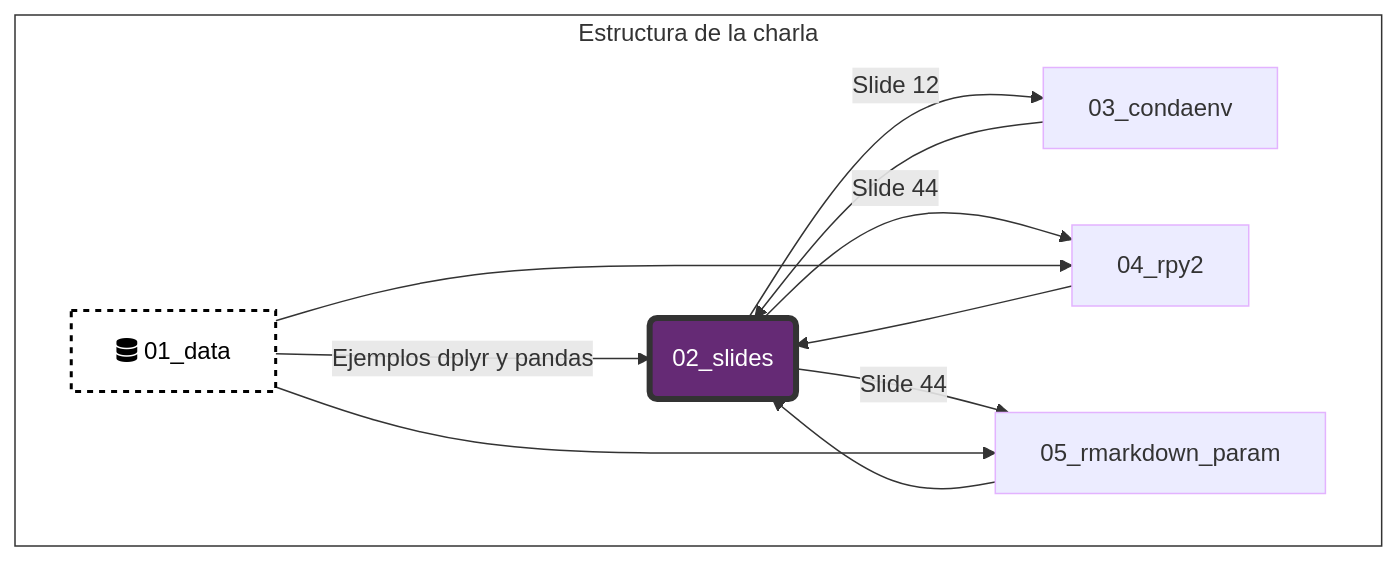
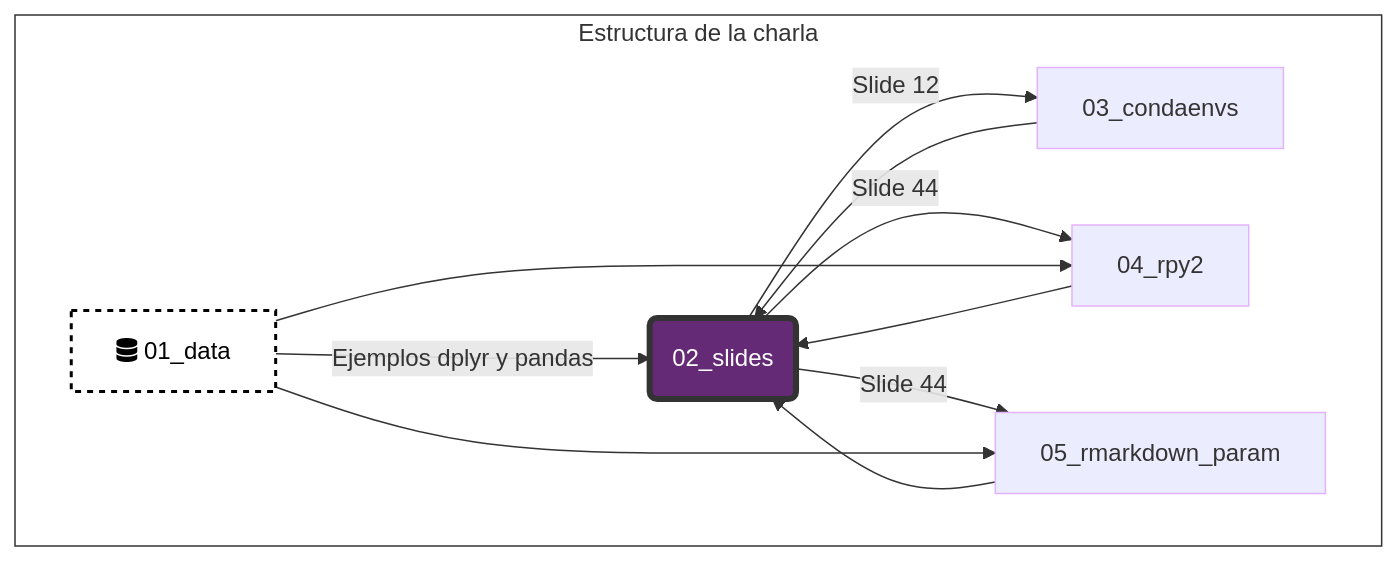
One commit to karbartolome/rladies_charlas changed the diagram in README.md. Above: the diagram before and after it, drawn with Mermaid.

````diff
--- a/README.md
+++ b/README.md
@@ -9,23 +9,23 @@
 ```mermaid
 flowchart LR
     subgraph r[Estructura de la charla]
         direction LR
         data[fa:fa-database 01_data] -->|Ejemplos dplyr y pandas| slide(02_slides)
-        slide -->|Slide 12| condaenv[03_condaenv]
+        slide -->|Slide 12| condaenv[03_condaenvs]
         slide -->|Slide 44| rpy2[04_rpy2]
         slide -->|Slide 44| rmd[05_rmarkdown_param]
         data --> rpy2
         data --> rmd
         condaenv --> slide
         rpy2 --> slide
         rmd --> slide
 
         style slide fill:#652a75,stroke:#333,color: #ffffff, stroke-width:4px
         style data fill:#ffffff, stroke:#000000, stroke-width:2px,color:#000000,stroke-dasharray: 4
         style condaenv stroke:#e3b3ff
         style rpy2 stroke:#e3b3ff
         style rmd stroke:#e3b3ff
     style r fill: #0000, stroke: #333
     end
 
 ```
````
